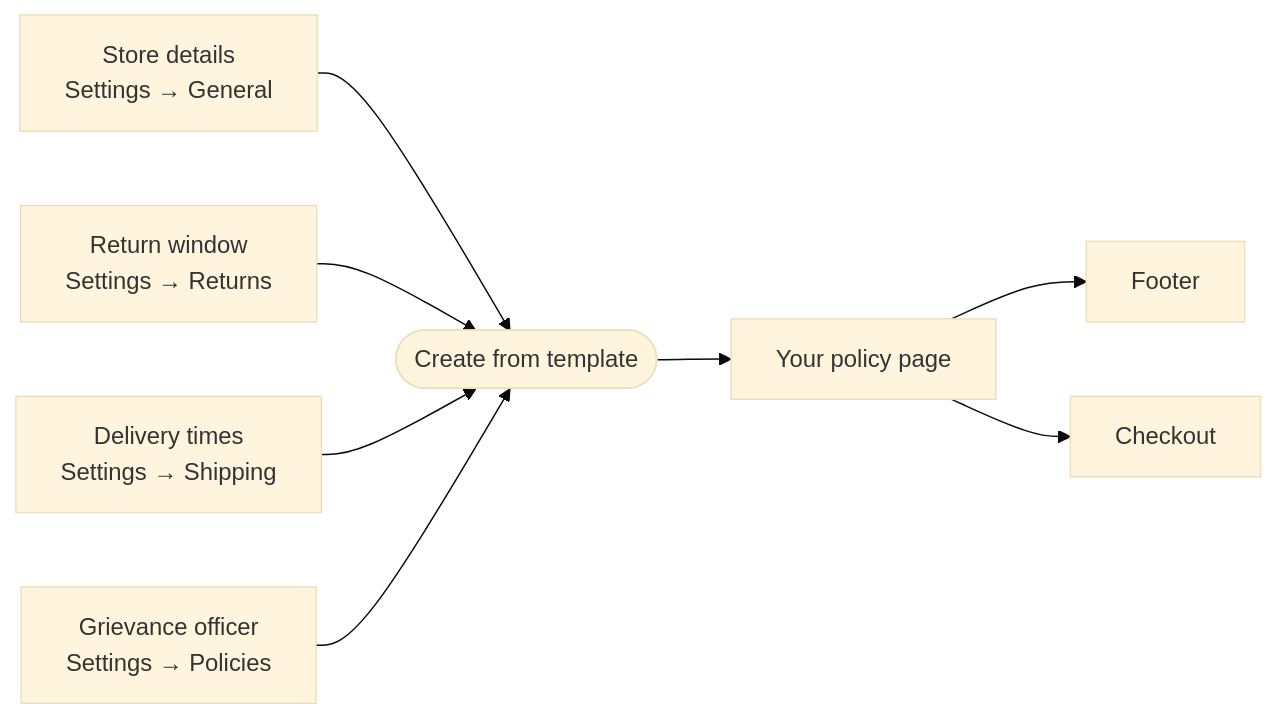
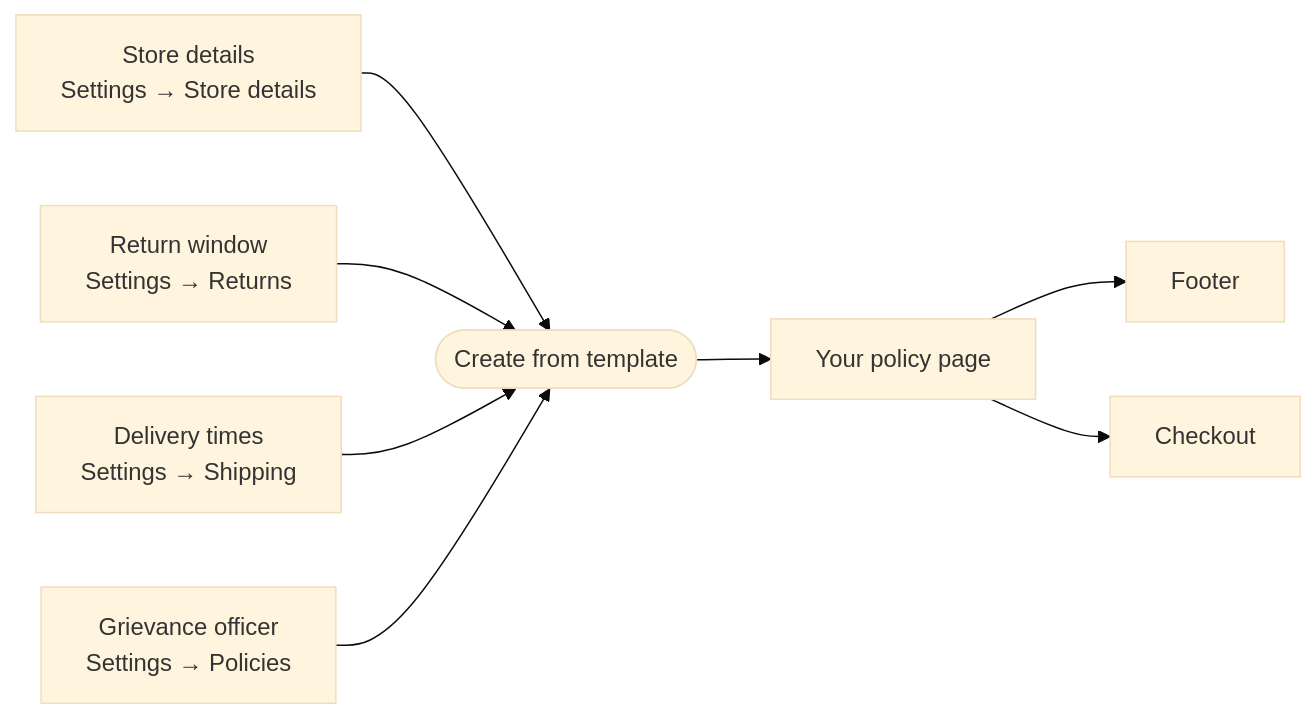
Before and after one commit to Viora-Tech/e-commerce: the diagram in apps/docs/content/merchant-guide/settings/policies.mdx, drawn with Mermaid (base theme). The commit also changed other lines of this file and 87 other files, not shown here.

````diff
--- a/apps/docs/content/merchant-guide/settings/policies.mdx
+++ b/apps/docs/content/merchant-guide/settings/policies.mdx
@@ -32,10 +32,10 @@
 ```mermaid
 flowchart LR
-  details["Store details<br/>Settings → General"] --> template
+  details["Store details<br/>Settings → Store details"] --> template
   returns["Return window<br/>Settings → Returns"] --> template
   zones["Delivery times<br/>Settings → Shipping"] --> template
   officer["Grievance officer<br/>Settings → Policies"] --> template
   template(["Create from template"]) --> page["Your policy page"]
   page --> footer["Footer"]
   page --> checkout["Checkout"]
 ```
````
